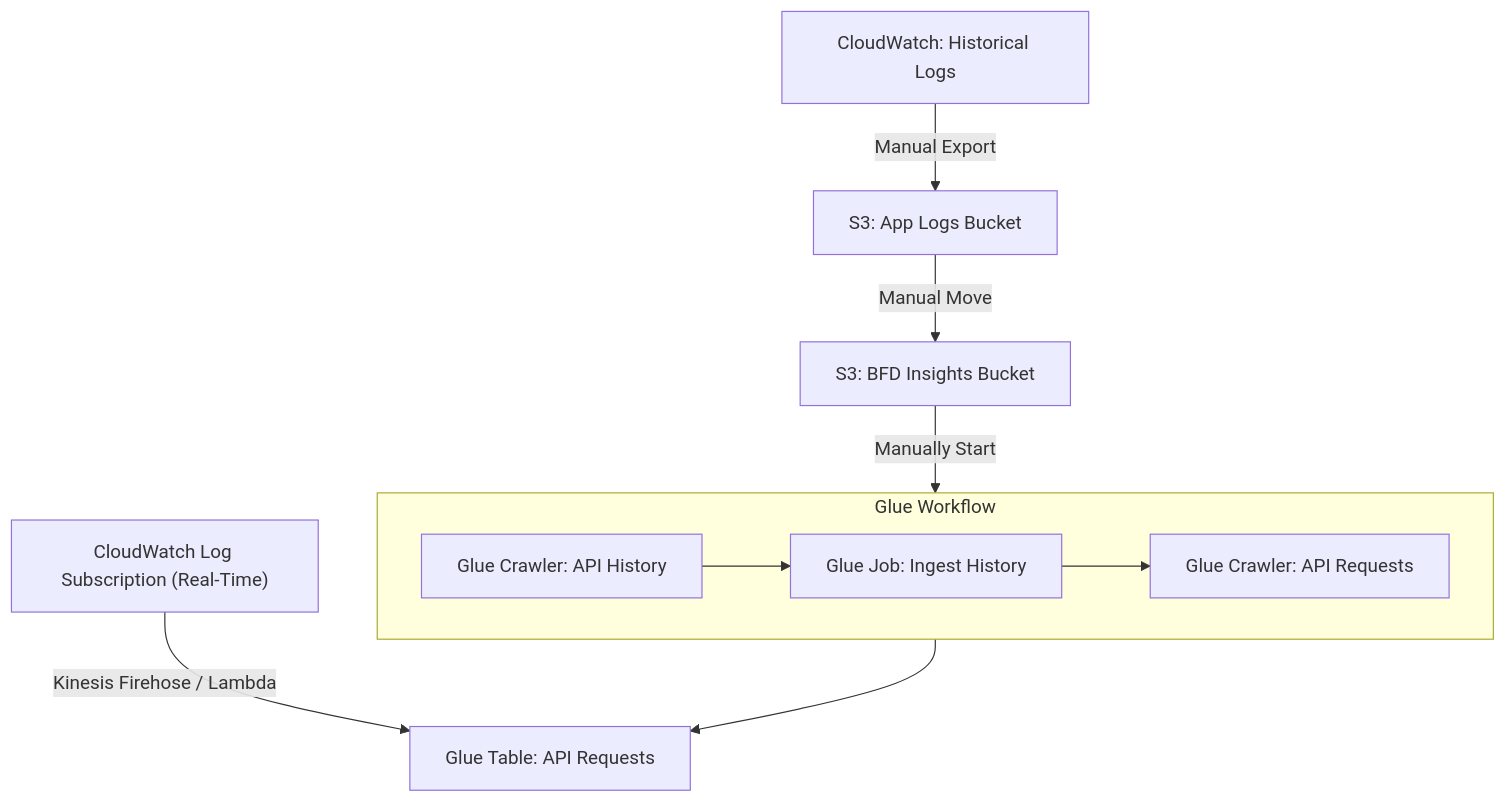
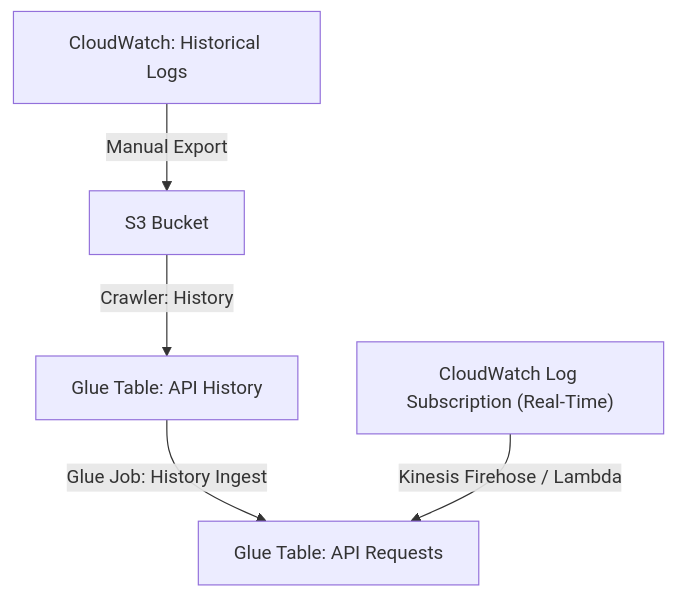
One commit to CMSgov/beneficiary-fhir-data changed the first of 2 diagrams in insights/terraform/projects/bfd/README.md. Above: the diagram before and after it, drawn with Mermaid.

Commit message:
README update

````diff
--- a/insights/terraform/projects/bfd/README.md
+++ b/insights/terraform/projects/bfd/README.md
@@ -41,12 +41,8 @@
 ```mermaid
 flowchart TB
-    CloudWatch["CloudWatch: Historical Logs"] -->|Manual Export| AppLogs["S3: App Logs Bucket"]
-    AppLogs -->|Manual Move| S3["S3: BFD Insights Bucket"]
-    S3 -->|Manually Start| workflow
-    subgraph workflow [Glue Workflow]
-    HistoryCrawler["Glue Crawler: API History"] --> HistoryJob["Glue Job: Ingest History"]
-    HistoryJob --> RequestsCrawler["Glue Crawler: API Requests"]
-    end
-    workflow --> APIRequests["Glue Table: API Requests"]
+    CloudWatch["CloudWatch: Historical Logs"] -->|Manual Export| S3["S3 Bucket"]
+    S3 -->|Crawler: History| History["Glue Table: API History"]
+    History -->|Glue Job: History Ingest| APIRequests["Glue Table: API Requests"]
+
     LogSubscription["CloudWatch Log Subscription (Real-Time)"] -->|"Kinesis Firehose / Lambda"| APIRequests
 ```
````
